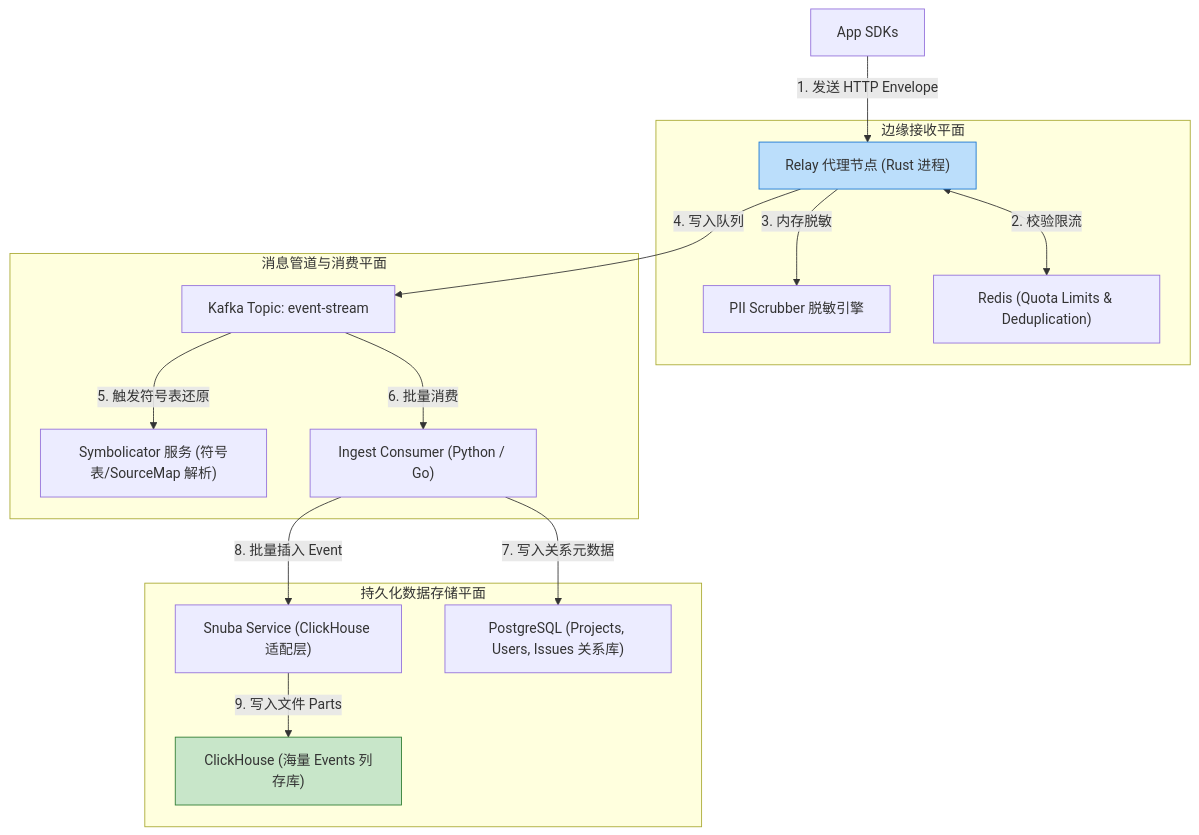
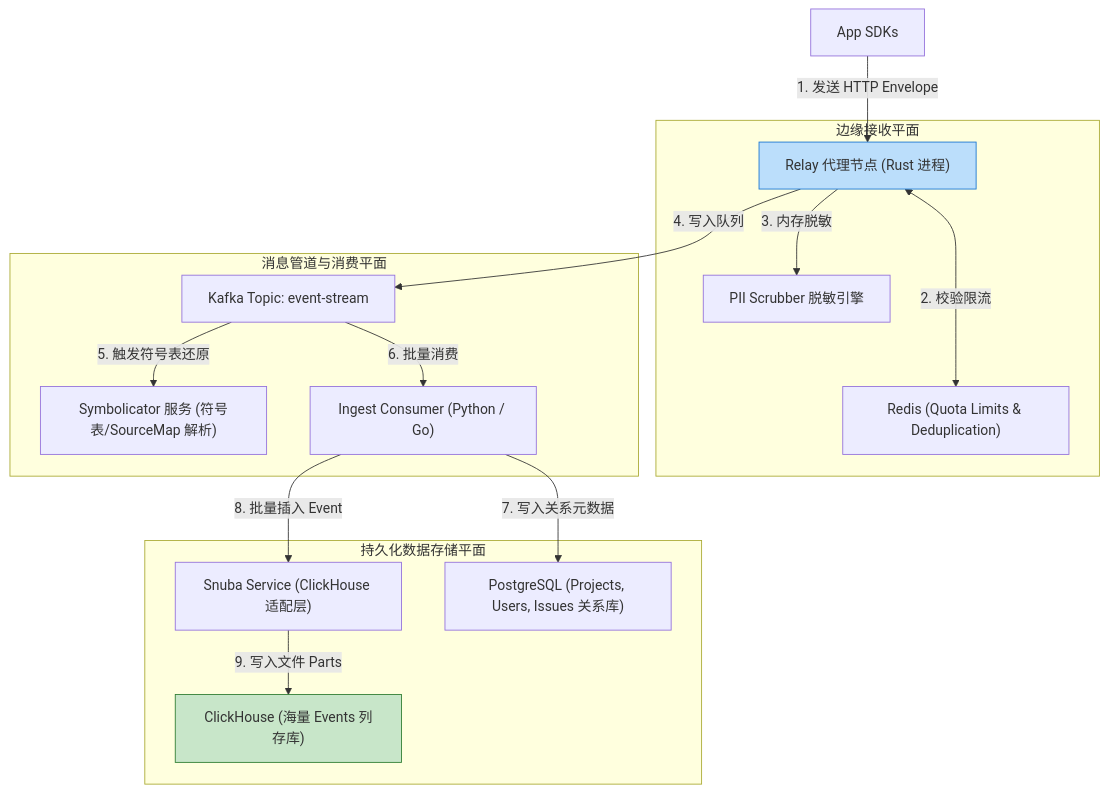
Before and after one commit to koosai/AI-Architect-Learning: the fourth of 6 diagrams in docs/atlas/sentry.mdx, drawn with Mermaid. The commit also changed other lines of this file and 68 other files, not shown here.

Commit message:
fix(atlas): fix browser client-side Mermaid rendering for mindmaps and flowcharts across 67 case studies

````diff
--- a/docs/atlas/sentry.mdx
+++ b/docs/atlas/sentry.mdx
@@ -120,35 +120,35 @@
 ```mermaid
 graph TB
   subgraph EdgeIngestion["边缘接收平面"]
     RelayRust["Relay 代理节点 (Rust 进程)"]
     PIIScrubber["PII Scrubber 脱敏引擎"]
     RedisStore["Redis (Quota Limits & Deduplication)"]
   end
 
   subgraph PipelineStore["消息管道与消费平面"]
     KafkaQueue["Kafka Topic: event-stream"]
     Symbolicator["Symbolicator 服务 (符号表/SourceMap 解析)"]
     IngestConsumer["Ingest Consumer (Python / Go)"]
   end
 
   subgraph DataLayer["持久化数据存储平面"]
     SnubaAPI["Snuba Service (ClickHouse 适配层)"]
     ClickHouseDB["ClickHouse (海量 Events 列存库)"]
     PostgresDB["PostgreSQL (Projects, Users, Issues 关系库)"]
   end
 
   SDKs["App SDKs"] -->|1. 发送 HTTP Envelope| RelayRust
-  RelayRust <-->|2. 校验限流| RedisStore
+  RelayRust <--->|2. 校验限流| RedisStore
   RelayRust -->|3. 内存脱敏| PIIScrubber
   RelayRust -->|4. 写入队列| KafkaQueue
   
   KafkaQueue -->|5. 触发符号表还原| Symbolicator
   KafkaQueue -->|6. 批量消费| IngestConsumer
   
   IngestConsumer -->|7. 写入关系元数据| PostgresDB
   IngestConsumer -->|8. 批量插入 Event| SnubaAPI
   SnubaAPI -->|9. 写入文件 Parts| ClickHouseDB
 
   style RelayRust fill:#bbdefb,stroke:#1976d2
   style ClickHouseDB fill:#c8e6c9,stroke:#2e7d32
 ```
````
